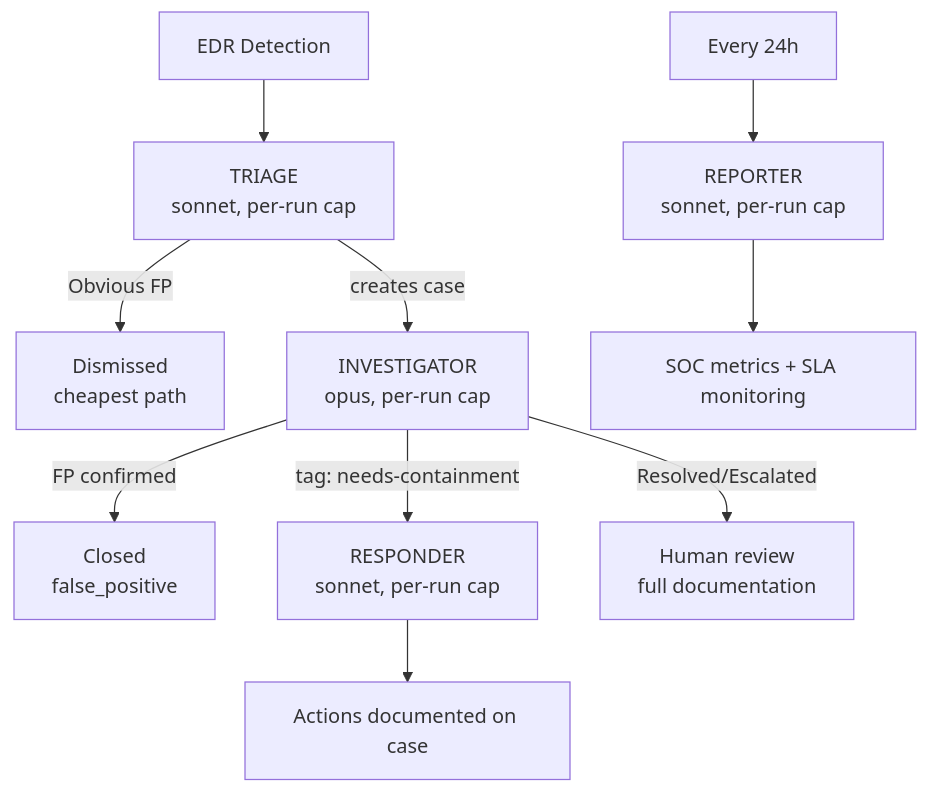
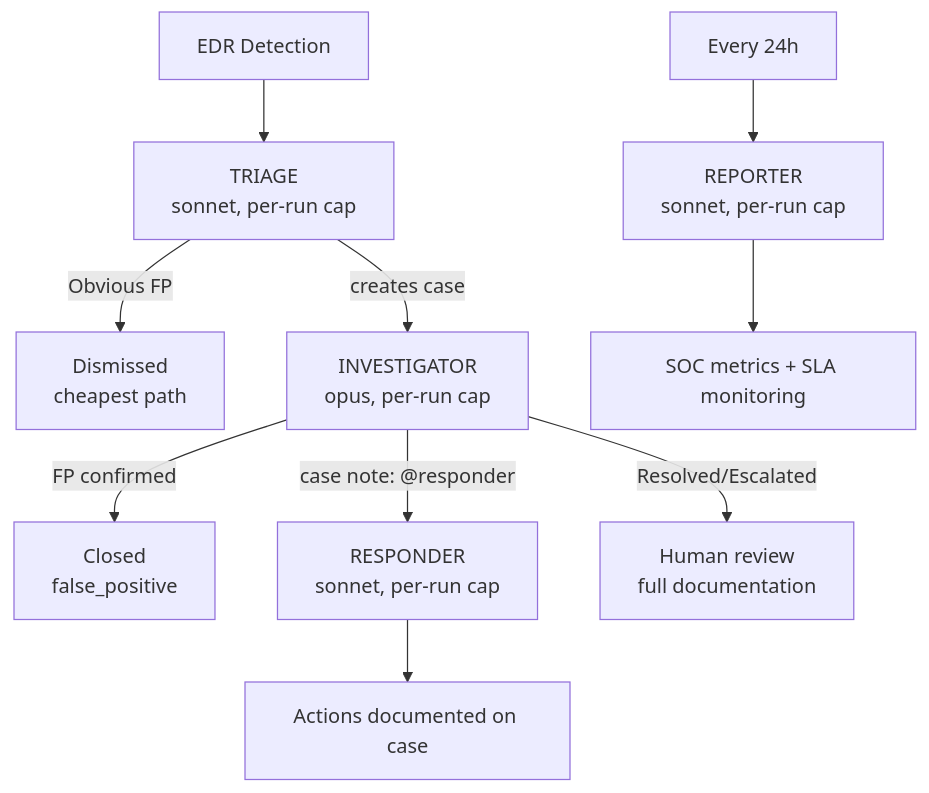
One commit to refractionPOINT/documentation changed the diagram in docs/1-getting-started/mssp-walkthrough.md. Above: the diagram before and after it, drawn with Mermaid. The commit also changed other lines of this file, not shown here.

Commit message:
docs(mssp-walkthrough): fact-check fixes for responder, sleeper, usage alerts and Git Sync scope

````diff
--- a/docs/1-getting-started/mssp-walkthrough.md
+++ b/docs/1-getting-started/mssp-walkthrough.md
@@ -1920,13 +1920,13 @@
 ```mermaid
 flowchart TD
     det[EDR Detection] --> triage["TRIAGE<br/>sonnet, per-run cap"]
     triage -->|Obvious FP| dismissed["Dismissed<br/>cheapest path"]
     triage -->|creates case| inv["INVESTIGATOR<br/>opus, per-run cap"]
     inv -->|FP confirmed| closed["Closed<br/>false_positive"]
-    inv -->|"tag: needs-containment"| resp["RESPONDER<br/>sonnet, per-run cap"]
+    inv -->|"case note: @responder"| resp["RESPONDER<br/>sonnet, per-run cap"]
     resp --> actions[Actions documented on case]
     inv -->|Resolved/Escalated| human["Human review<br/>full documentation"]
 
     schedule["Every 24h"] --> reporter["REPORTER<br/>sonnet, per-run cap"]
     reporter --> metrics[SOC metrics + SLA monitoring]
 ```
````
